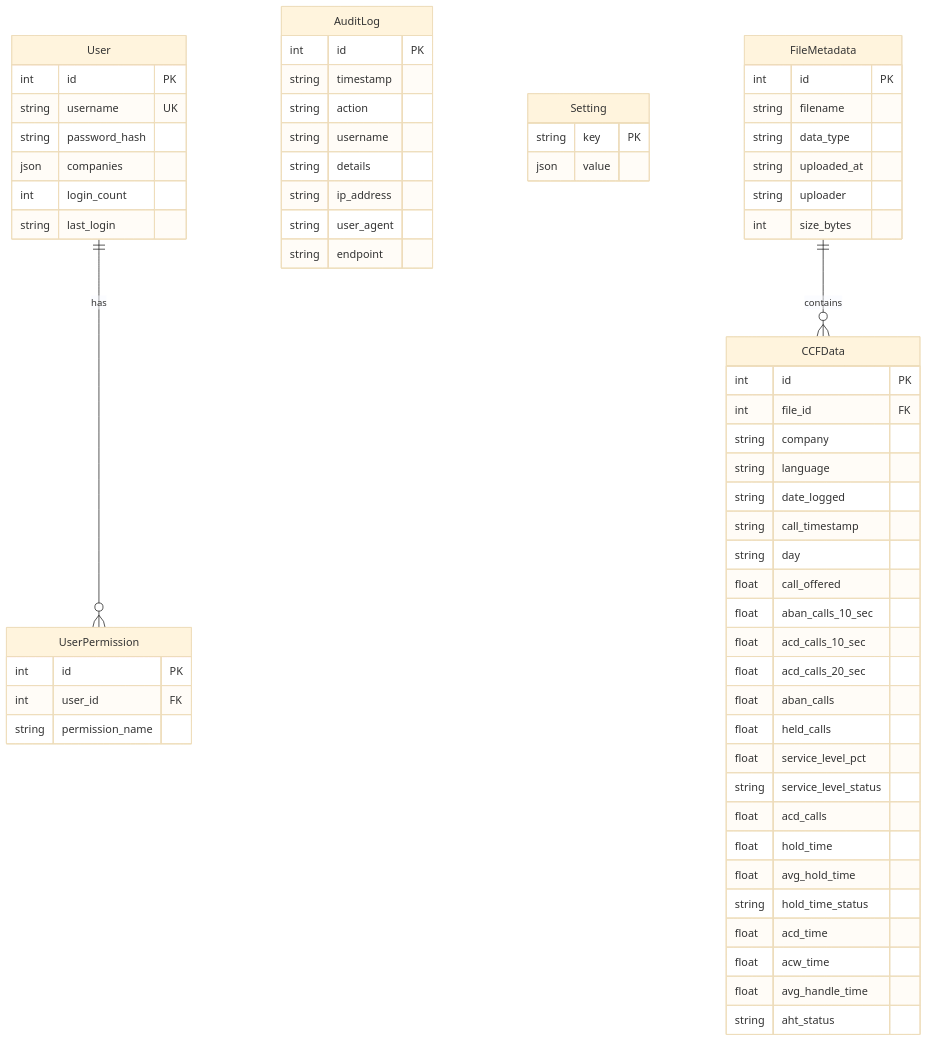
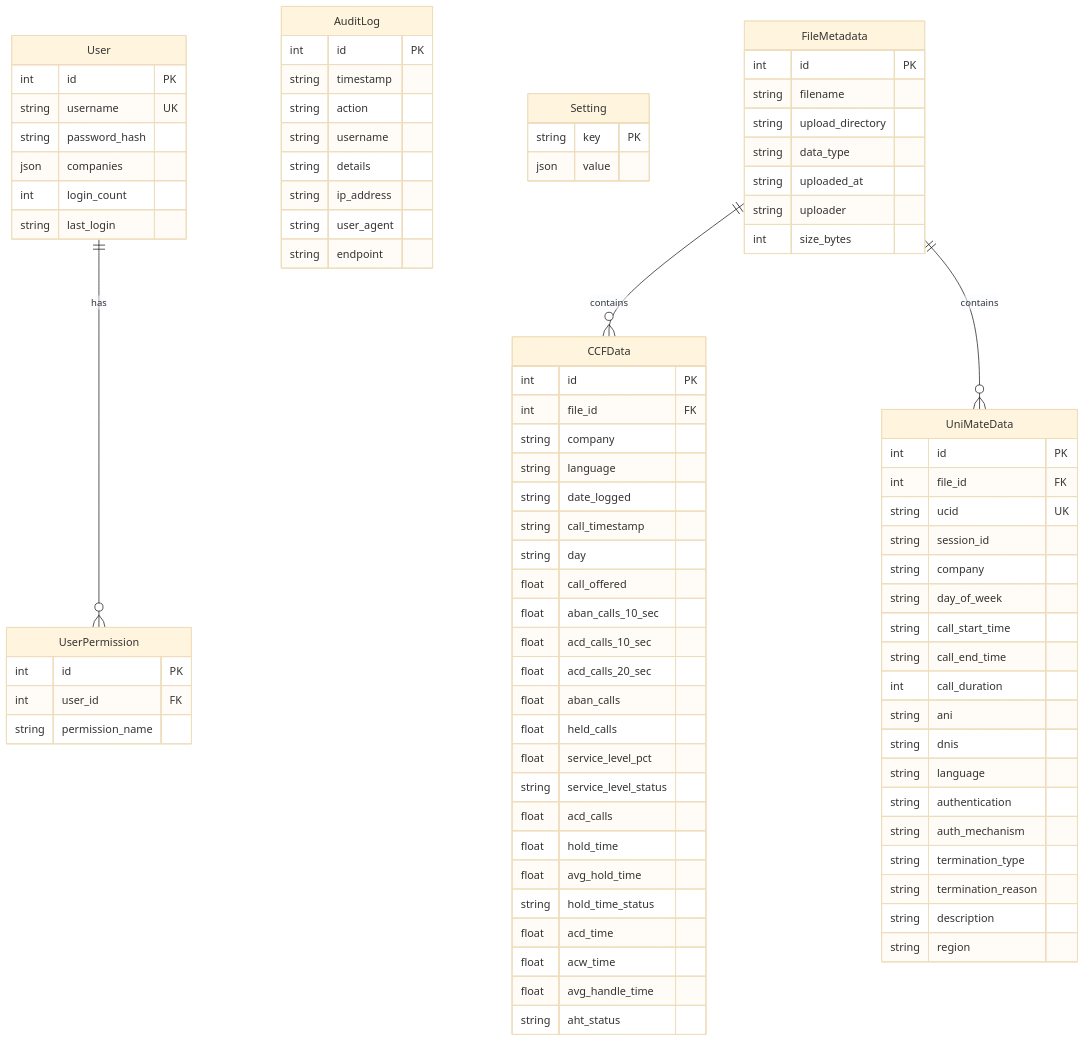
One commit to IDKHowToCodeFR/uidai-dashboard changed the seventh of 7 diagrams in ARCHITECTURE.md. Above: the diagram before and after it, drawn with Mermaid (base theme). The commit also changed other lines of this file and 7 other files, not shown here.

````diff
--- a/ARCHITECTURE.md
+++ b/ARCHITECTURE.md
@@ -249,9 +308,11 @@
     }
 
     FileMetadata ||--o{ CCFData : "contains"
+    FileMetadata ||--o{ UniMateData : "contains"
     FileMetadata {
         int id PK
         string filename
+        string upload_directory
         string data_type
         string uploaded_at
         string uploader
@@ -283,4 +344,25 @@
         float avg_handle_time
         string aht_status
     }
+
+    UniMateData {
+        int id PK
+        int file_id FK
+        string ucid UK
+        string session_id
+        string company
+        string day_of_week
+        string call_start_time
+        string call_end_time
+        int call_duration
+        string ani
+        string dnis
+        string language
+        string authentication
+        string auth_mechanism
+        string termination_type
+        string termination_reason
+        string description
+        string region
+    }
 ```
````
